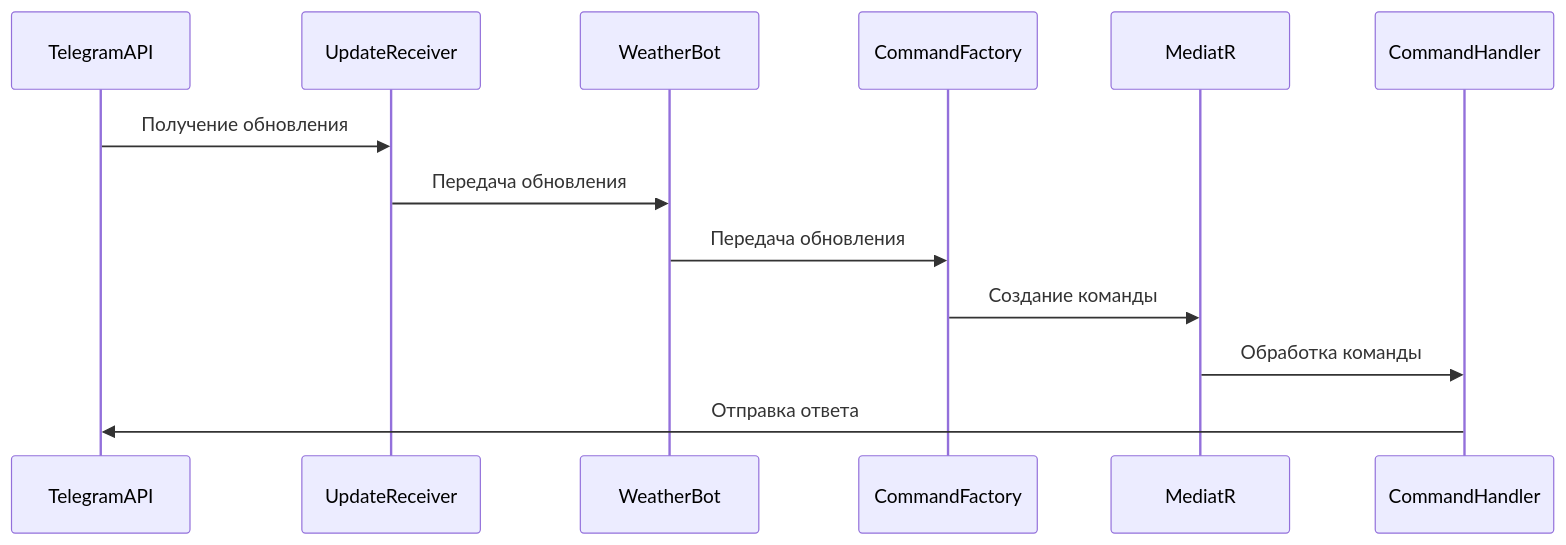
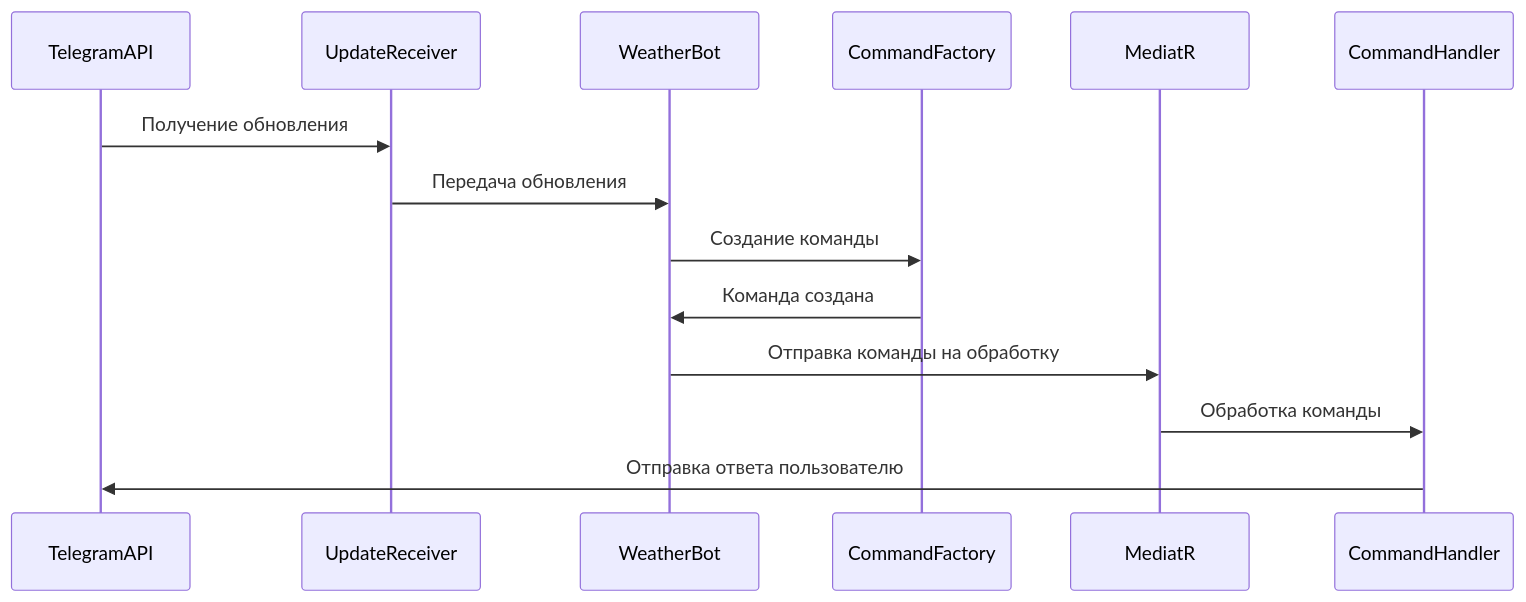
One commit to alex1ozr/TelegramBot changed the diagram in docs/DotNetTelegramBot_rus.md. Above: the diagram before and after it, drawn with Mermaid. The commit also changed 1 other file, not shown here.

````diff
--- a/docs/DotNetTelegramBot_rus.md
+++ b/docs/DotNetTelegramBot_rus.md
@@ -224,17 +224,18 @@
 ```mermaid
 sequenceDiagram
     participant TelegramAPI
     participant UpdateReceiver
     participant WeatherBot
     participant CommandFactory
     participant MediatR
     participant CommandHandler
     participant TelegramAPI
 
     TelegramAPI ->> UpdateReceiver: Получение обновления
     UpdateReceiver ->> WeatherBot: Передача обновления
-    WeatherBot ->> CommandFactory: Передача обновления
-    CommandFactory ->> MediatR: Создание команды
+    WeatherBot ->> CommandFactory: Создание команды
+    CommandFactory ->> WeatherBot: Команда создана
+    WeatherBot ->> MediatR: Отправка команды на обработку
     MediatR ->> CommandHandler: Обработка команды
-    CommandHandler ->> TelegramAPI: Отправка ответа
+    CommandHandler ->> TelegramAPI: Отправка ответа пользователю
 ```
````
